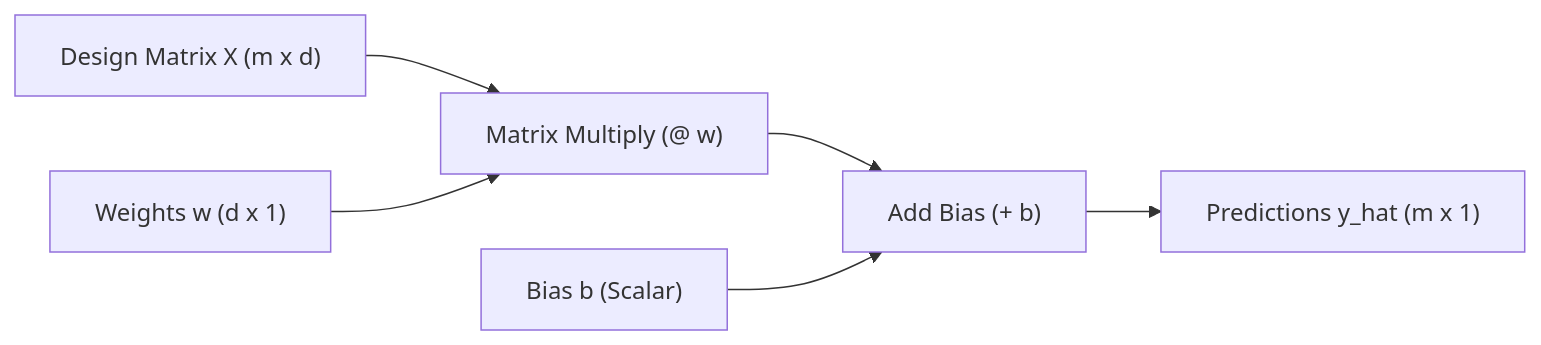
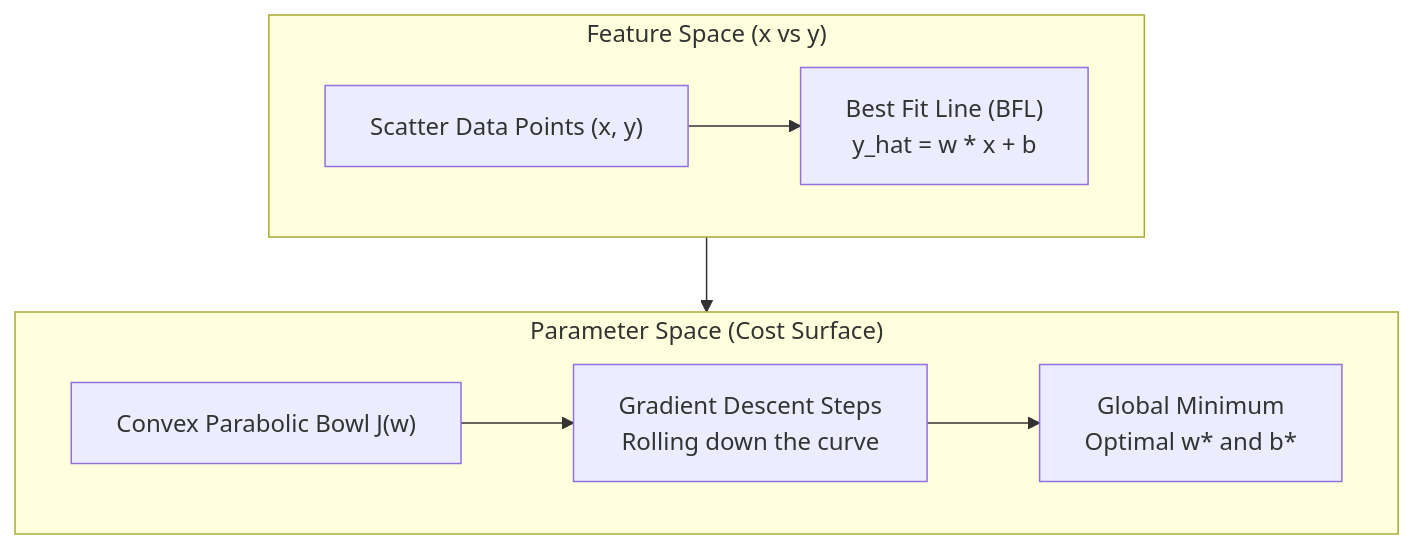
The diagram in lecture_26/Notes_26.02/README.md (S1h2i3v4a/AI_ML), drawn with Mermaid before and after one commit. The commit also changed other lines of this file and 147 other files, not shown here.

Commit message:
docs(lectures 25-27): align notes with video lectures, add blackboard diagrams, clean structured functions, and compile vector PDFs

````diff
--- a/lecture_26/Notes_26.02/README.md
+++ b/lecture_26/Notes_26.02/README.md
@@ -48,8 +22,13 @@
 ```mermaid
-graph LR
-    X["Design Matrix X (m x d)"] --> DOT["Matrix Multiply (@ w)"]
-    W["Weights w (d x 1)"] --> DOT
-    DOT --> ADD["Add Bias (+ b)"]
-    B["Bias b (Scalar)"] --> ADD
-    ADD --> YHAT["Predictions y_hat (m x 1)"]
+flowchart TD
+    subgraph Space["Feature Space (x vs y)"]
+        A["Scatter Data Points (x, y)"] --> B["Best Fit Line (BFL)<br/>y_hat = w * x + b"]
+    end
+
+    subgraph Optimization["Parameter Space (Cost Surface)"]
+        C["Convex Parabolic Bowl J(w)"] --> D["Gradient Descent Steps<br/>Rolling down the curve"]
+        D --> E["Global Minimum<br/>Optimal w* and b*"]
+    end
+
+    Space --> Optimization
 ```
````
